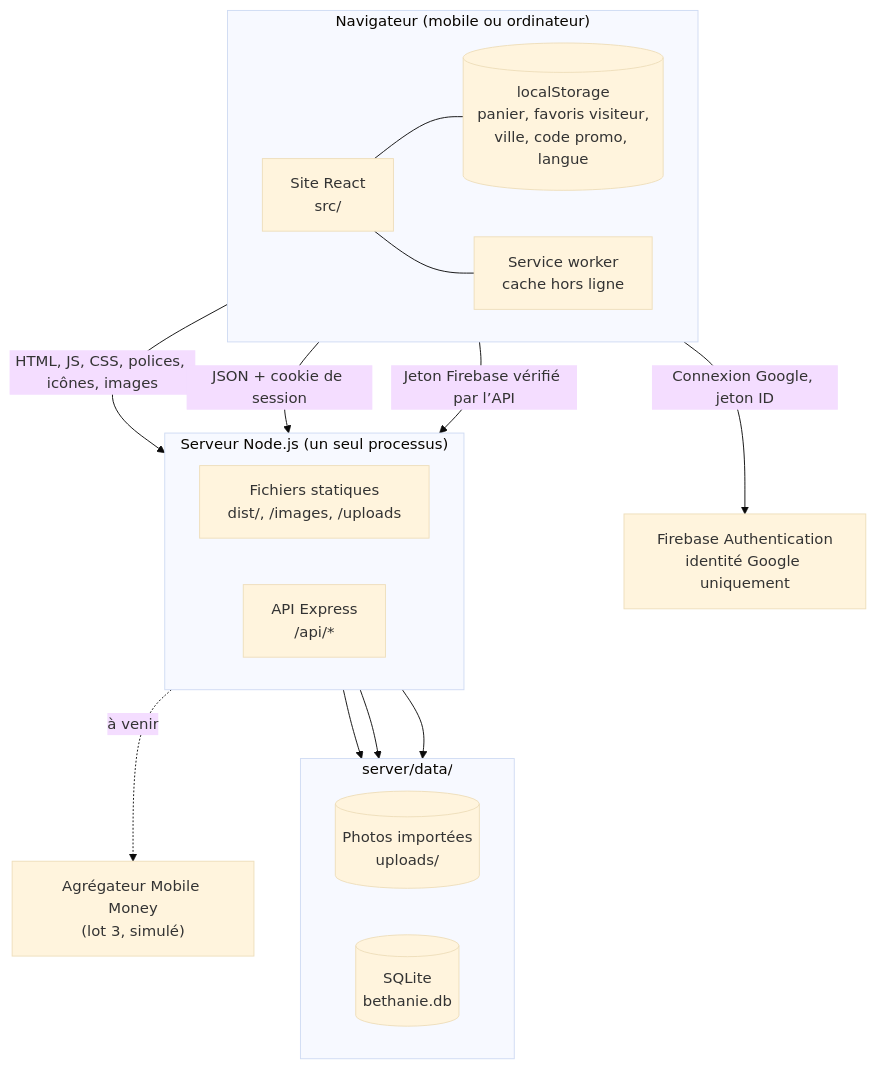
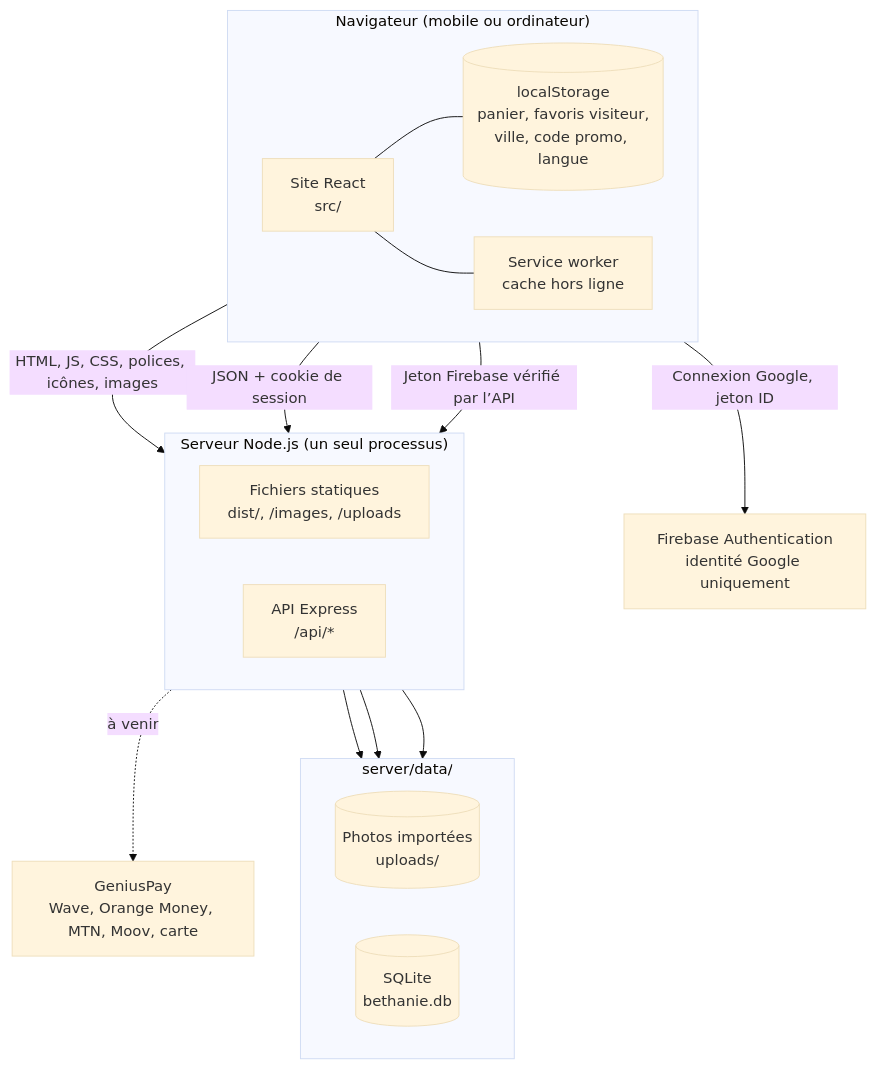
One commit to akeconstant8-tech/Bethanie changed the first of 12 diagrams in docs/ARCHITECTURE.md. Above: the diagram before and after it, drawn with Mermaid (base theme). The commit also changed other lines of this file and 16 other files, not shown here.

````diff
--- a/docs/ARCHITECTURE.md
+++ b/docs/ARCHITECTURE.md
@@ -51,31 +52,31 @@
 ```mermaid
 flowchart TB
   subgraph NAV["Navigateur (mobile ou ordinateur)"]
     direction LR
     SPA["Site React<br/>src/"] --- LS[("localStorage<br/>panier, favoris visiteur,<br/>ville, code promo, langue")]
     SPA --- SW["Service worker<br/>cache hors ligne"]
   end
 
   subgraph SRV["Serveur Node.js (un seul processus)"]
     direction LR
     STATIC["Fichiers statiques<br/>dist/, /images, /uploads"]
     API["API Express<br/>/api/*"]
   end
   FIREBASE["Firebase Authentication<br/>identité Google uniquement"]
-  PAY["Agrégateur Mobile Money<br/>(lot 3, simulé)"]
+  PAY["GeniusPay<br/>Wave, Orange Money, MTN, Moov, carte"]
 
   subgraph DATA["server/data/"]
     direction LR
     UP[("Photos importées<br/>uploads/")]
     DB[("SQLite<br/>bethanie.db")]
   end
 
   SW -- "HTML, JS, CSS, polices, icônes, images" --> STATIC
   SW -- "JSON + cookie de session" --> API
   SPA -- "Connexion Google, jeton ID" --> FIREBASE
   SPA -- "Jeton Firebase vérifié par l’API" --> API
   STATIC --> UP
   API --> UP
   API --> DB
   API -. "à venir" .-> PAY
 ```
````
